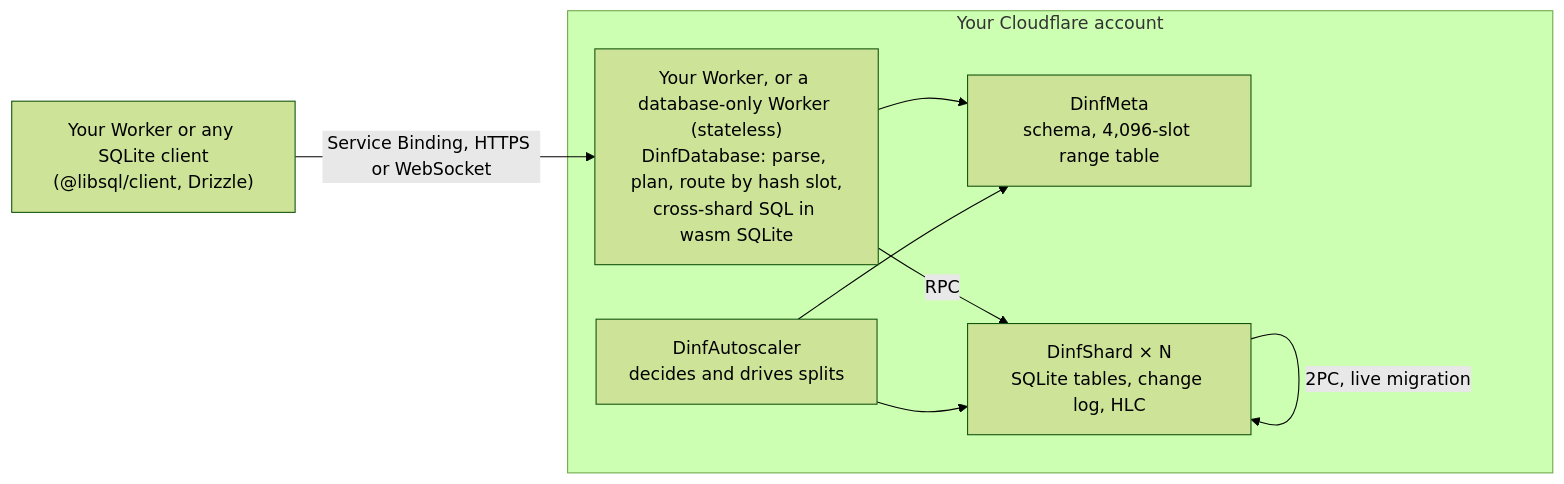
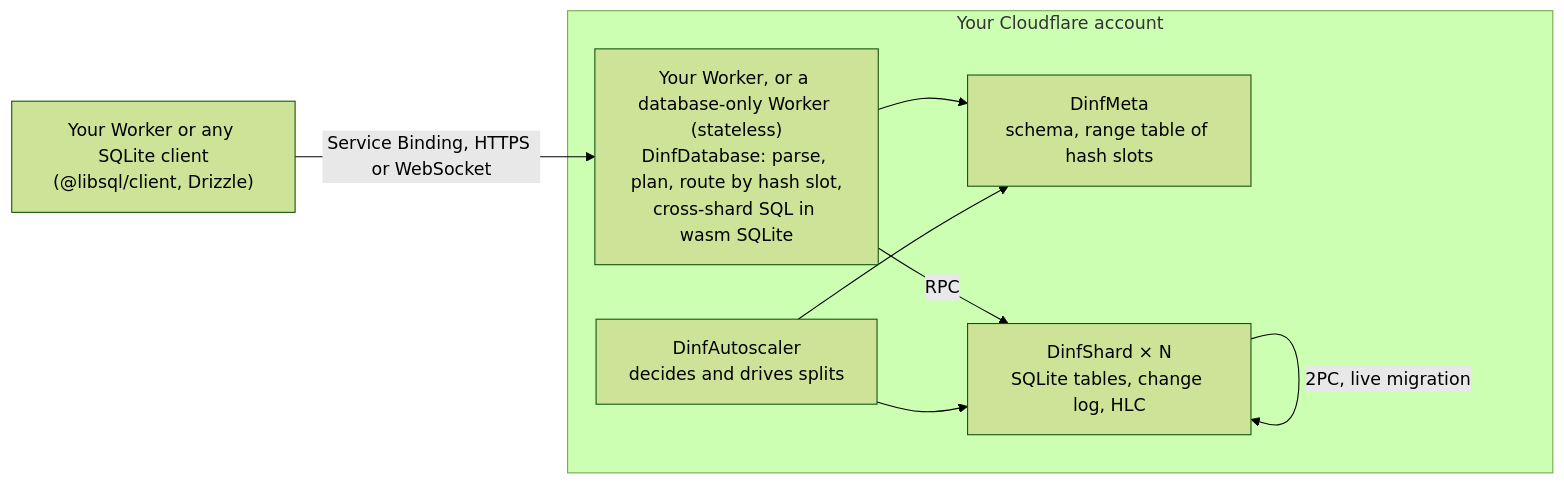
The diagram in README.md (inaridiy/cf-d-infinity), drawn with Mermaid (forest theme) before and after one commit. The commit also changed other lines of this file and 113 other files, not shown here.

````diff
--- a/README.md
+++ b/README.md
@@ -256,16 +254,16 @@
 ```mermaid
 flowchart LR
   Client["Your Worker or any SQLite client<br/>(@libsql/client, Drizzle)"]
   subgraph Account["Your Cloudflare account"]
     Worker["Your Worker, or a database-only Worker (stateless)<br/>DinfDatabase: parse, plan, route by hash slot,<br/>cross-shard SQL in wasm SQLite"]
-    Meta["DinfMeta<br/>schema, 4,096-slot range table"]
+    Meta["DinfMeta<br/>schema, range table of hash slots"]
     Shards["DinfShard × N<br/>SQLite tables, change log, HLC"]
     Scaler["DinfAutoscaler<br/>decides and drives splits"]
   end
   Client -->|Service Binding, HTTPS or WebSocket| Worker
   Worker --> Meta
   Worker -->|RPC| Shards
   Shards -->|2PC, live migration| Shards
   Scaler --> Shards
   Scaler --> Meta
 ```
````
